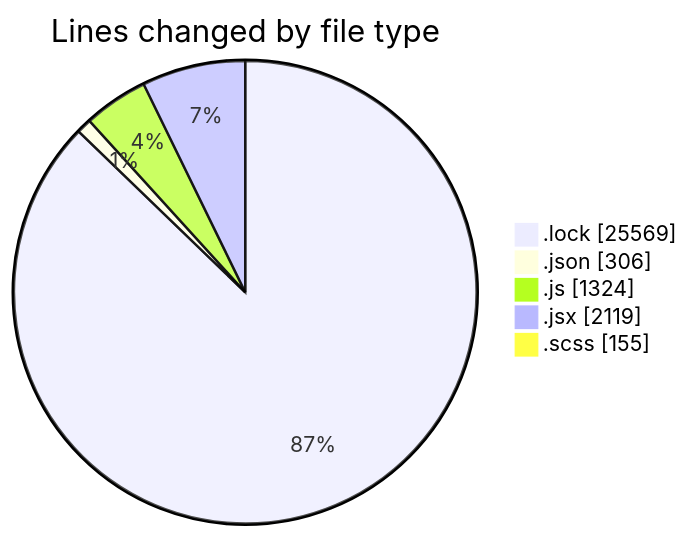
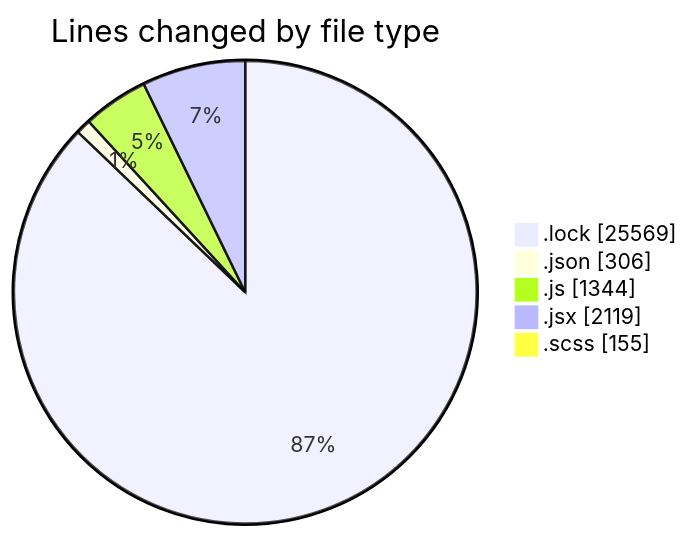
One commit to momahboobian/code-tracking changed the first of 2 diagrams in 2026-01-07/cda/README.md. Above: the diagram before and after it, drawn with Mermaid. The commit also changed other lines of this file and 1 other file, not shown here.

````diff
--- a/2026-01-07/cda/README.md
+++ b/2026-01-07/cda/README.md
@@ -47,9 +47,9 @@
 ```mermaid
 pie showData
 title Lines changed by file type
 ".lock" : 25569
 ".json" : 306
-".js" : 1324
+".js" : 1344
 ".jsx" : 2119
 ".scss" : 155
 ```
````
